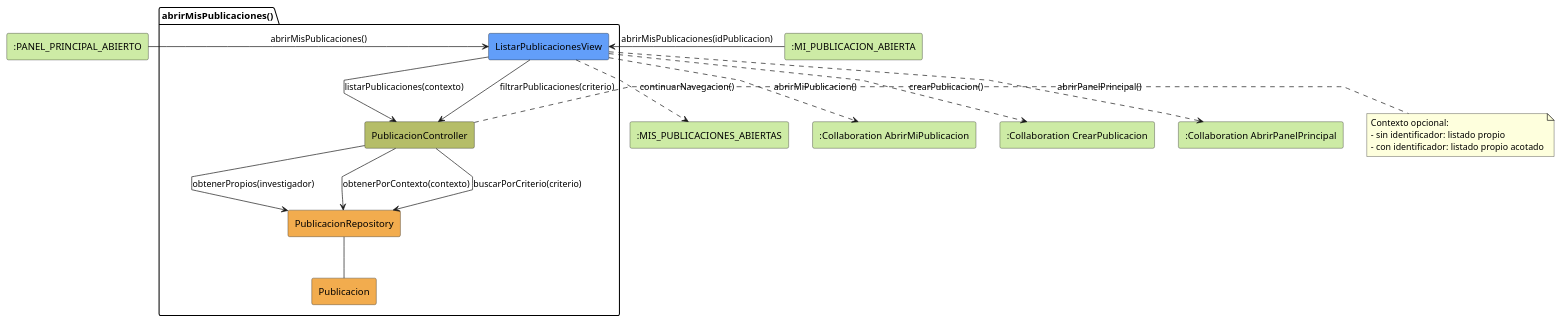
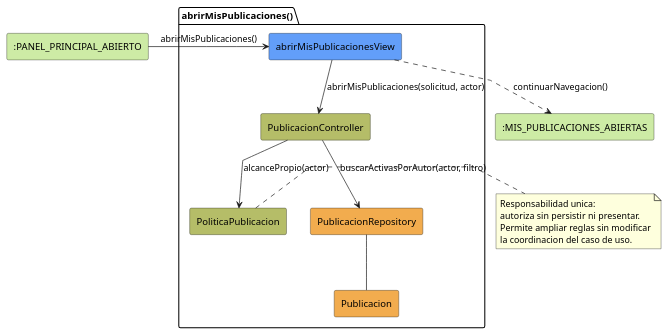
Before and after one commit to beatriizorozco/25-26-idsw2-sdVC: the diagram in RUP/01-analisis/casos-uso/investigador/abrirMisPublicaciones/colaboracion.puml, drawn with PlantUML. The commit also changed 99 other files, not shown here.

Commit message:
docs(analisis y diseño): bloque 8: publicaciones

```diff
--- a/RUP/01-analisis/casos-uso/investigador/abrirMisPublicaciones/colaboracion.puml
+++ b/RUP/01-analisis/casos-uso/investigador/abrirMisPublicaciones/colaboracion.puml
@@ -1,37 +1,30 @@
-@startuml abrirMisPublicaciones-analisis
+@startuml abrirMisPublicaciones-investigador-analisis
 skinparam linetype polyline
 
-rectangle #CDEBA5 ":PANEL_PRINCIPAL_ABIERTO" as EstadoEntrada1
-rectangle #CDEBA5 ":MI_PUBLICACION_ABIERTA" as EstadoEntrada2
+rectangle #CDEBA5 ":PANEL_PRINCIPAL_ABIERTO" as EstadoEntrada
 package abrirMisPublicaciones as "abrirMisPublicaciones()" {
-    rectangle #629EF9 ListarPublicacionesView
+    rectangle #629EF9 "abrirMisPublicacionesView" as View
     rectangle #b5bd68 PublicacionController
+    rectangle #b5bd68 PoliticaPublicacion
     rectangle #F2AC4E PublicacionRepository
     rectangle #F2AC4E Publicacion
+
 }
+rectangle #CDEBA5 ":MIS_PUBLICACIONES_ABIERTAS" as EstadoSalida
 
-rectangle #CDEBA5 ":MIS_PUBLICACIONES_ABIERTAS" as EstadoSalida
-rectangle #CDEBA5 ":Collaboration AbrirMiPublicacion" as AbrirMiPublicacion
-rectangle #CDEBA5 ":Collaboration CrearPublicacion" as CrearPublicacion
-rectangle #CDEBA5 ":Collaboration AbrirPanelPrincipal" as AbrirPanelPrincipal
+EstadoEntrada -r-> View: abrirMisPublicaciones()
+View -d-> PublicacionController: abrirMisPublicaciones(solicitud, actor)
 
-EstadoEntrada1 -r-> ListarPublicacionesView: abrirMisPublicaciones()
-EstadoEntrada2 -r-> ListarPublicacionesView: abrirMisPublicaciones(idPublicacion)
+PublicacionController --> PoliticaPublicacion: alcancePropio(actor)
+PublicacionController --> PublicacionRepository: buscarActivasPorAutor(actor, filtro)
+PublicacionRepository -- Publicacion
 
-ListarPublicacionesView -d-> PublicacionController: listarPublicaciones(contexto)
-ListarPublicacionesView --> PublicacionController: filtrarPublicaciones(criterio)
-PublicacionController --> PublicacionRepository: obtenerPropios(investigador)
-PublicacionController --> PublicacionRepository: obtenerPorContexto(contexto)
-PublicacionController --> PublicacionRepository: buscarPorCriterio(criterio)
-PublicacionRepository -- Publicacion
-note right of PublicacionController
-Contexto opcional:
-- sin identificador: listado propio
-- con identificador: listado propio acotado
+View ..> EstadoSalida: continuarNavegacion()
+
+note right of PoliticaPublicacion
+Responsabilidad unica:
+autoriza sin persistir ni presentar.
+Permite ampliar reglas sin modificar
+la coordinacion del caso de uso.
 end note
-ListarPublicacionesView ..> EstadoSalida: continuarNavegacion()
-ListarPublicacionesView ..> AbrirMiPublicacion: abrirMiPublicacion()
-ListarPublicacionesView ..> CrearPublicacion: crearPublicacion()
-ListarPublicacionesView ..> AbrirPanelPrincipal: abrirPanelPrincipal()
-
 @enduml
```
